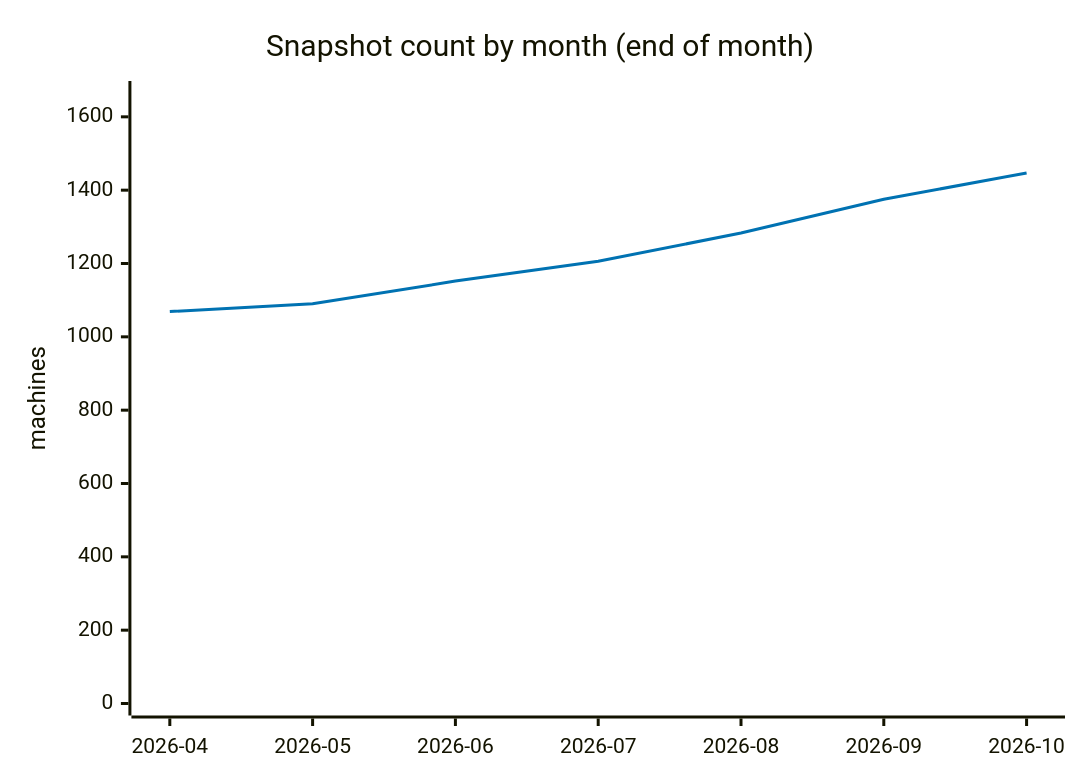
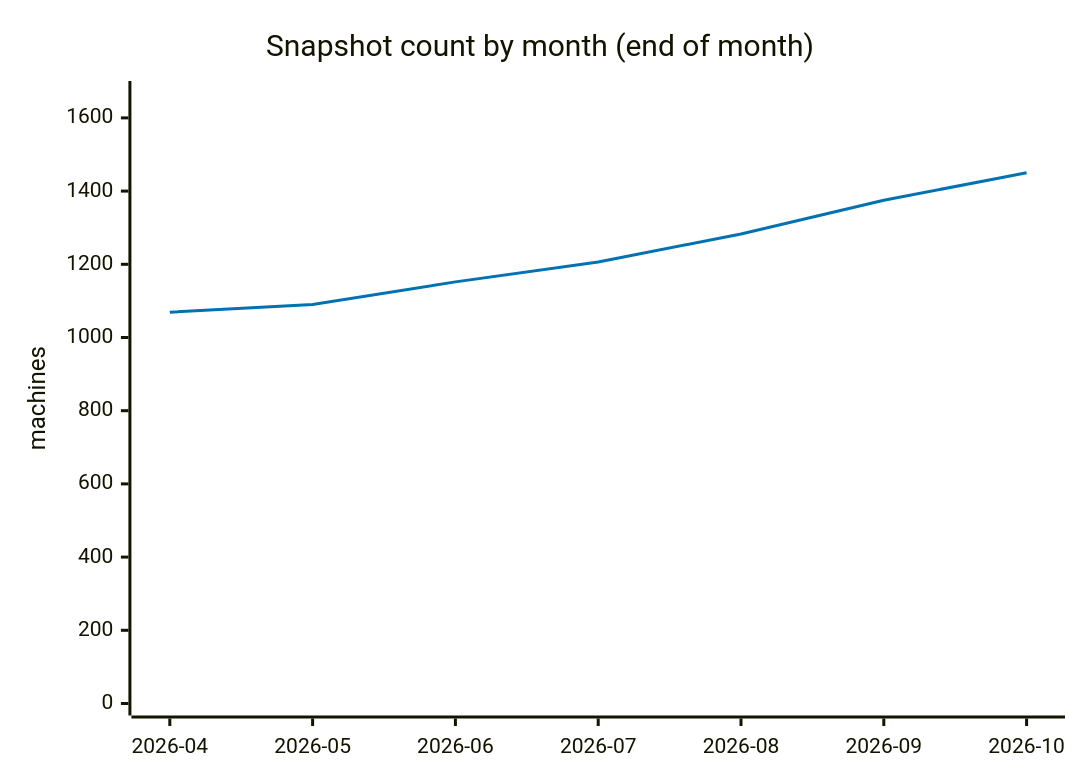
Before and after one commit to cheeaun/returnright-data: the fourth of 5 diagrams in ANALYSIS.md, drawn with Mermaid. The commit also changed other lines of this file and 4 other files, not shown here.

````diff
--- a/ANALYSIS.md
+++ b/ANALYSIS.md
@@ -251,13 +249,13 @@
 ```mermaid
 ---
 config:
   themeVariables:
     xyChart:
       plotColorPalette: "#0072B2"
 ---
 xychart-beta
     title "Snapshot count by month (end of month)"
     x-axis ["2026-04", "2026-05", "2026-06", "2026-07", "2026-08", "2026-09", "2026-10"]
-    y-axis "machines" 0 --> 1665
-    line [1069, 1090, 1152, 1206, 1283, 1375, 1447]
+    y-axis "machines" 0 --> 1668
+    line [1069, 1090, 1152, 1206, 1283, 1375, 1450]
 ```
````
